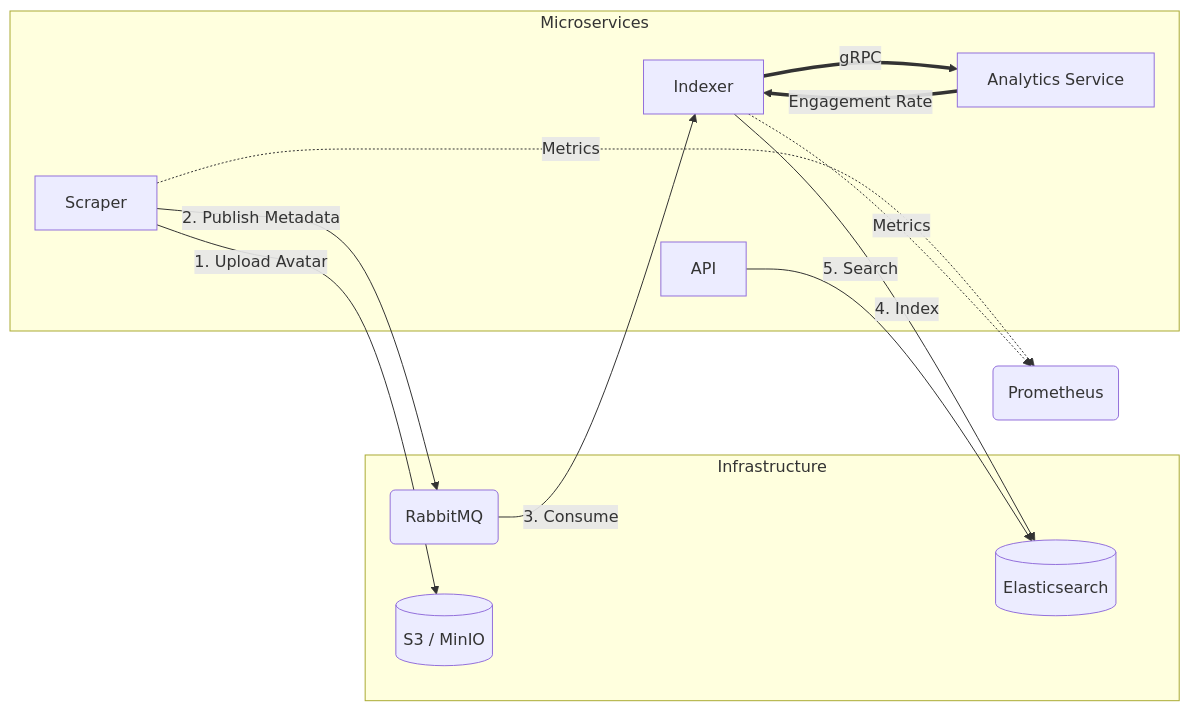
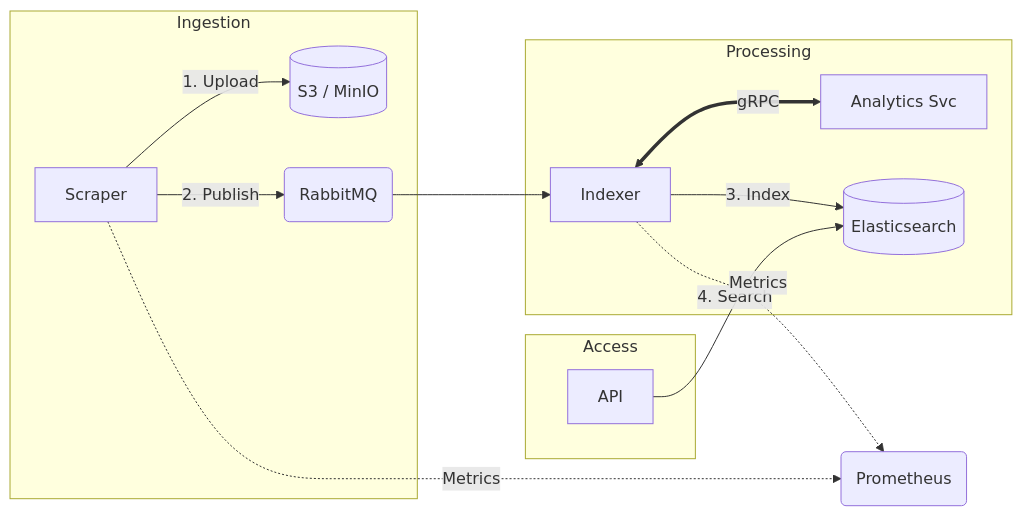
One commit to Anis-Hammoudi/influScope changed the diagram in README.md. Above: the diagram before and after it, drawn with Mermaid.

Commit message:
Revise architecture diagram in README
Updated the architecture diagram to reflect new ingestion and processing flows.

````diff
--- a/README.md
+++ b/README.md
@@ -16,28 +16,21 @@
 ```mermaid
 graph LR
-subgraph "Infrastructure"
-ES[(Elasticsearch)]
-RMQ(RabbitMQ)
-S3[(S3 / MinIO)]
-end
-
-    subgraph "Microservices"
-        Scraper
-        Indexer
-        Analytics[Analytics Service]
-        API
+    subgraph Ingestion
+    Scraper -->|1. Upload| S3[(S3 / MinIO)]
+    Scraper -->|2. Publish| RMQ(RabbitMQ)
+    end
+    
+    subgraph Processing
+    RMQ --> Indexer
+    Indexer <== gRPC ==> Analytics[Analytics Svc]
+    Indexer -->|3. Index| ES[(Elasticsearch)]
+    end
+    
+    subgraph Access
+    API -->|4. Search| ES
     end
 
-    Scraper -->|1. Upload Avatar| S3
-    Scraper -->|2. Publish Metadata| RMQ
-
-    RMQ -->|3. Consume| Indexer
-    Indexer == gRPC ==> Analytics
-    Analytics == Engagement Rate ==> Indexer
-    Indexer -->|4. Index| ES
-
-    API -->|5. Search| ES
-
-    Scraper -.->|Metrics| Prom(Prometheus)
-    Indexer -.->|Metrics| Prom
+    %% Observability
+    Prom(Prometheus)
+    Scraper & Indexer -.->|Metrics| Prom
 ```
````
